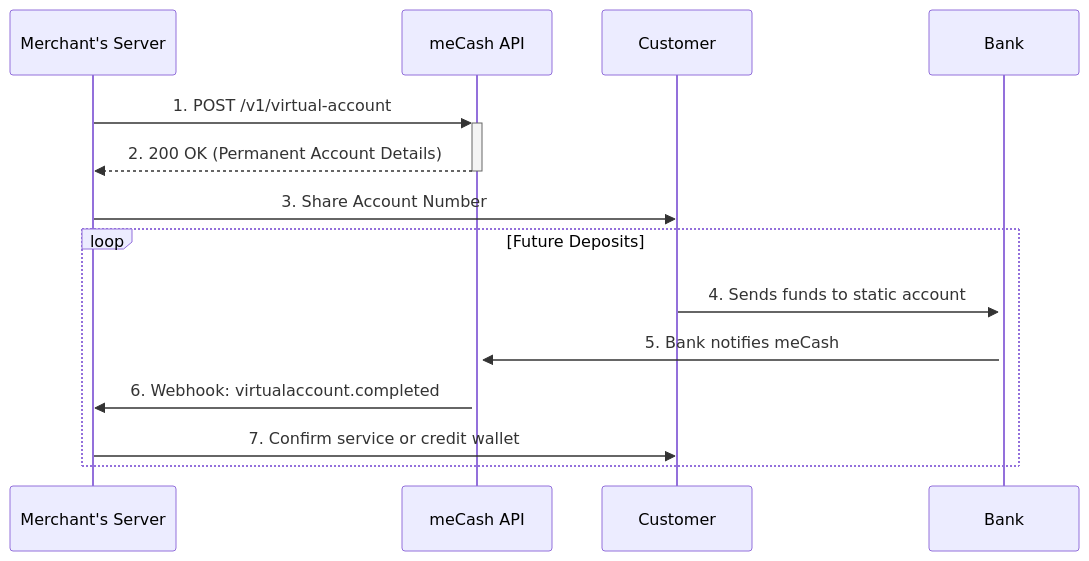
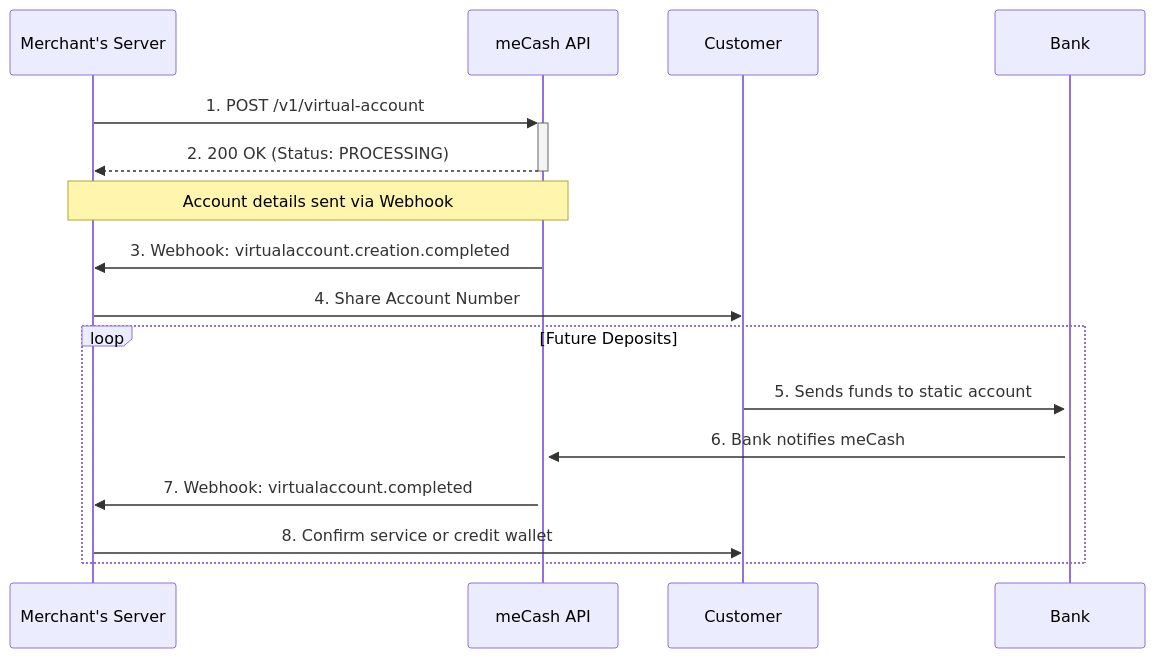
The diagram in virtual-accounts-docs/static-virtual-account.mdx (Ejiro-mecash/docs), drawn with Mermaid before and after one commit. The commit also changed other lines of this file and 9 other files, not shown here.

````diff
--- a/virtual-accounts-docs/static-virtual-account.mdx
+++ b/virtual-accounts-docs/static-virtual-account.mdx
@@ -22,17 +22,19 @@
 ```mermaid
 sequenceDiagram
     participant M as Merchant's Server
     participant A as meCash API
     participant C as Customer
     participant B as Bank
 
     M->>+A: 1. POST /v1/virtual-account
-    A-->>-M: 2. 200 OK (Permanent Account Details)
-    M->>C: 3. Share Account Number
+    A-->>-M: 2. 200 OK (Status: PROCESSING)
+    Note over A,M: Account details sent via Webhook
+    A->>M: 3. Webhook: virtualaccount.creation.completed
+    M->>C: 4. Share Account Number
     loop Future Deposits
-        C->>+B: 4. Sends funds to static account
-        B->>+A: 5. Bank notifies meCash
-        A->>M: 6. Webhook: virtualaccount.completed
-        M->>C: 7. Confirm service or credit wallet
+        C->>+B: 5. Sends funds to static account
+        B->>+A: 6. Bank notifies meCash
+        A->>M: 7. Webhook: virtualaccount.completed
+        M->>C: 8. Confirm service or credit wallet
     end
 ```
````
